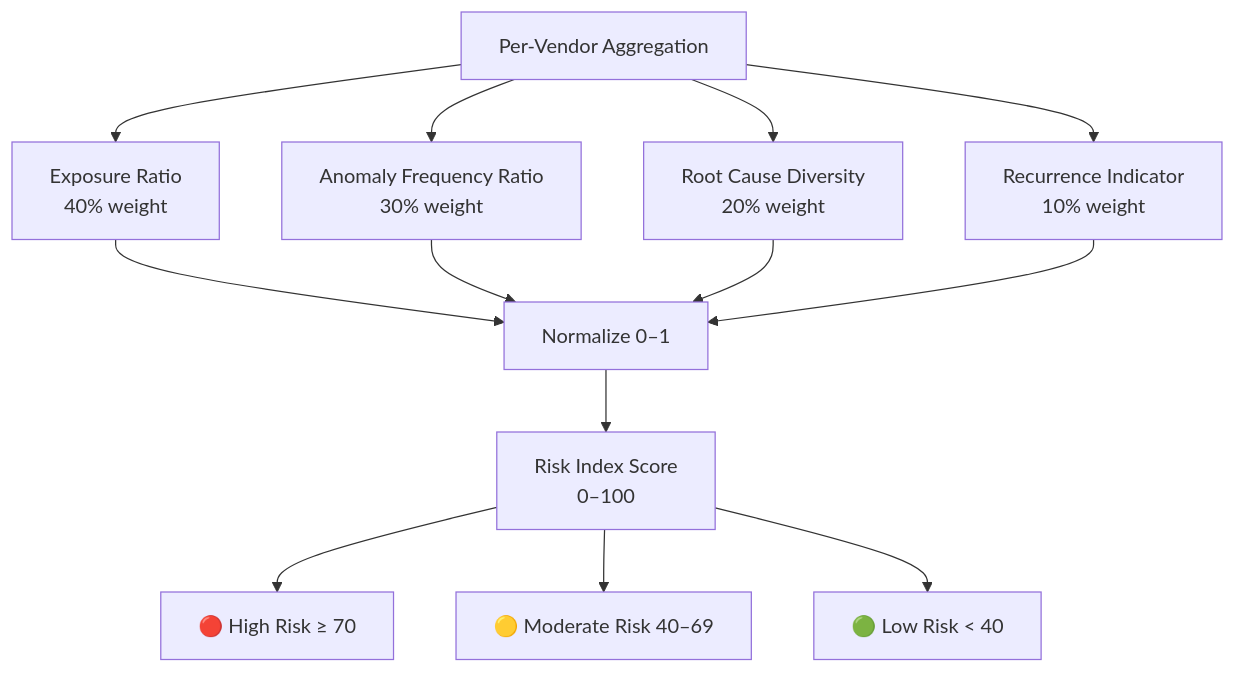
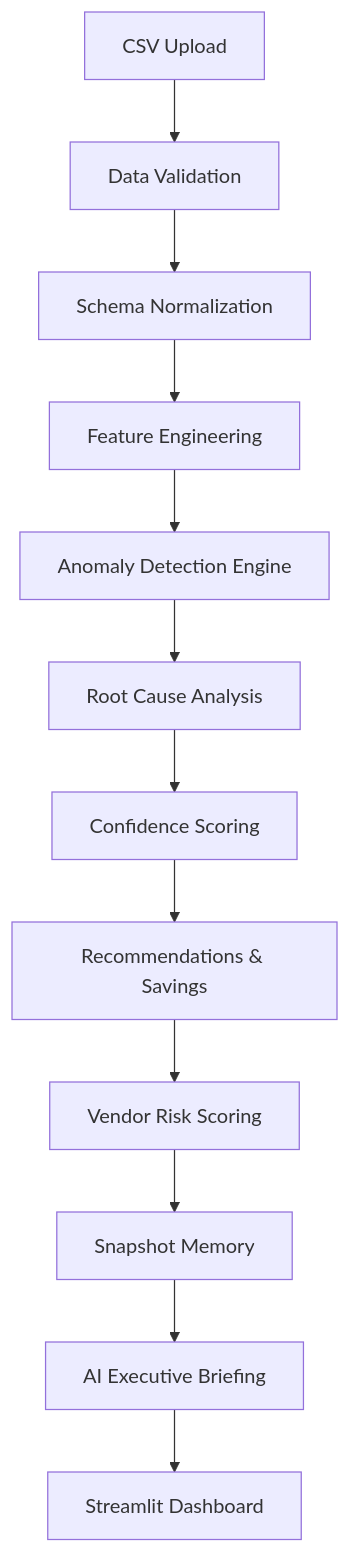
One commit to dhruvi1604/agentic-cost-leakage-hunter changed the first of 2 diagrams in README.md. Above: the diagram before and after it, drawn with Mermaid. The commit also changed other lines of this file, not shown here.

Commit message:
update: professional README with architecture diagrams

````diff
--- a/README.md
+++ b/README.md
@@ -137,17 +27,14 @@
 ```mermaid
 flowchart TD
-    A[Per-Vendor Aggregation] --> B1[Exposure Ratio\n40% weight]
-    A --> B2[Anomaly Frequency Ratio\n30% weight]
-    A --> B3[Root Cause Diversity\n20% weight]
-    A --> B4[Recurrence Indicator\n10% weight]
-
-    B1 --> C[Normalize 0–1]
-    B2 --> C
-    B3 --> C
-    B4 --> C
-
-    C --> D[Risk Index Score\n0–100]
-    D --> E1[🔴 High Risk ≥ 70]
-    D --> E2[🟡 Moderate Risk 40–69]
-    D --> E3[🟢 Low Risk < 40]
+    A[CSV Upload] --> B[Data Validation]
+    B --> C[Schema Normalization]
+    C --> D[Feature Engineering]
+    D --> E[Anomaly Detection Engine]
+    E --> F[Root Cause Analysis]
+    F --> G[Confidence Scoring]
+    G --> H[Recommendations & Savings]
+    H --> I[Vendor Risk Scoring]
+    I --> J[Snapshot Memory]
+    J --> K[AI Executive Briefing]
+    K --> L[Streamlit Dashboard]
 ```
````
